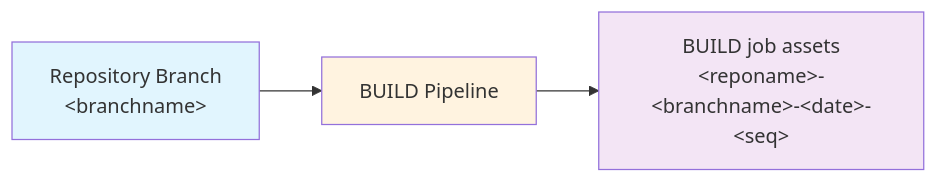
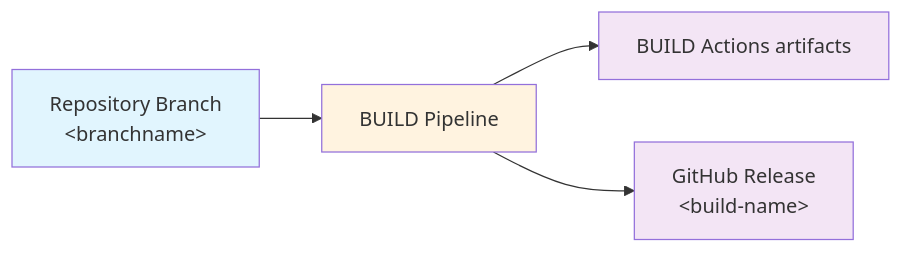
Before and after one commit to ALM4Dataverse/ALM4Dataverse: the diagram in docs/usage/building-releases.md, drawn with Mermaid. The commit also changed other lines of this file and 14 other files, not shown here.

Commit message:
feat(github): publish to and deploy from GitHub release assets (#81)

````diff
--- a/docs/usage/building-releases.md
+++ b/docs/usage/building-releases.md
@@ -4,9 +4,11 @@
 ```mermaid
 flowchart LR
     A[Repository Branch<br/>&lt;branchname&gt;] --> B[BUILD Pipeline]
-    B --> C[BUILD job assets<br/>&lt;reponame&gt;-&lt;branchname&gt;-&lt;date&gt;-&lt;seq&gt;]
+    B --> C[BUILD Actions artifacts]
+    B --> D[GitHub Release<br/>&lt;build-name&gt;]
 
     style A fill:#e1f5fe
     style C fill:#f3e5f5
+    style D fill:#f3e5f5
     style B fill:#fff3e0
 ```
````
